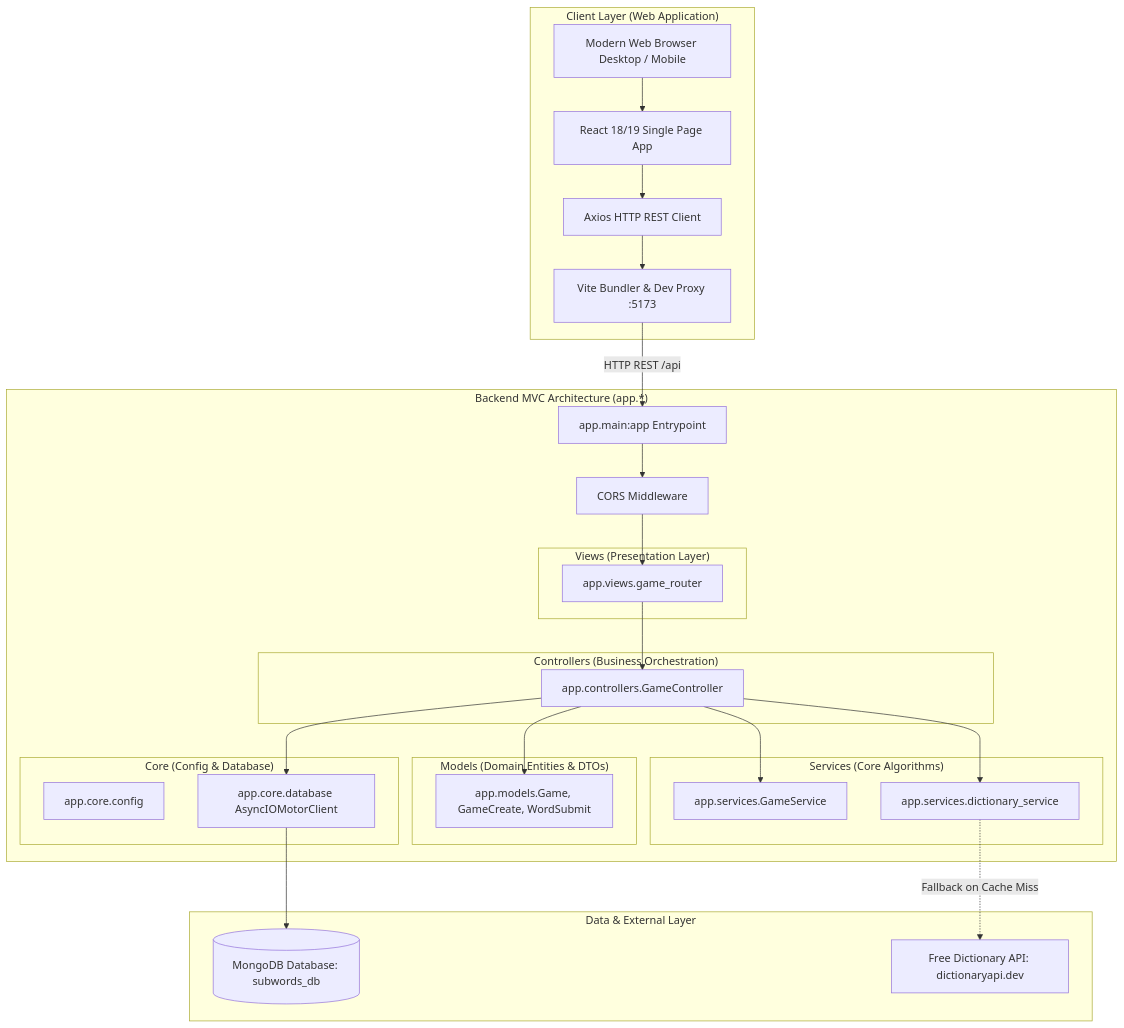
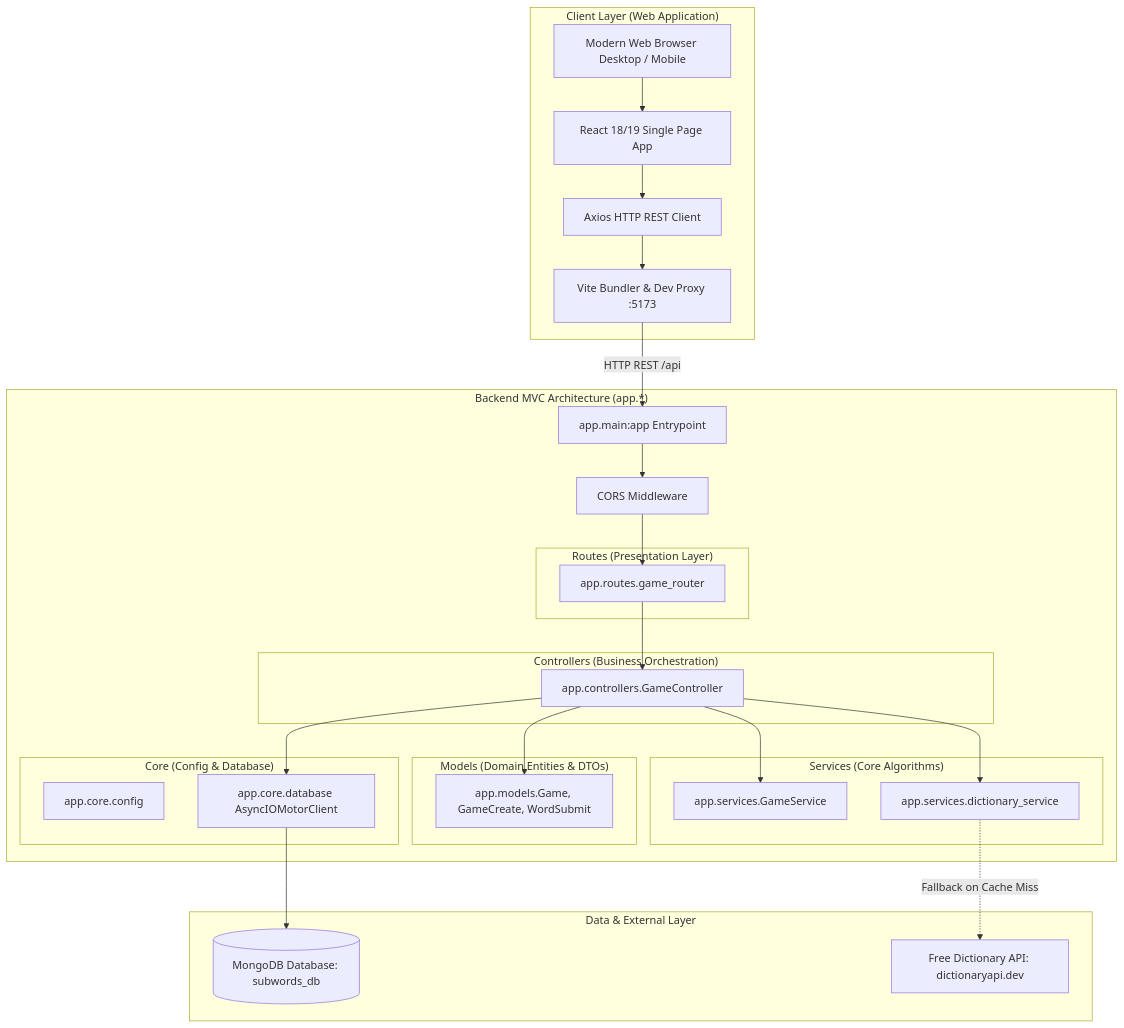
Before and after one commit to amitbora007/subwords-game: the first of 2 diagrams in docs/ARCHITECTURE.md, drawn with Mermaid. The commit also changed 6 other files, not shown here.

Commit message:
docs: add architecture diagram and running application screenshots to README and docs

````diff
--- a/docs/ARCHITECTURE.md
+++ b/docs/ARCHITECTURE.md
@@ -18,56 +18,56 @@
 ```mermaid
 graph TB
     subgraph "Client Layer (Web Application)"
         Browser[Modern Web Browser Desktop / Mobile]
         ReactApp[React 18/19 Single Page App]
         ViteDev[Vite Bundler & Dev Proxy :5173]
         AxiosClient[Axios HTTP REST Client]
 
         Browser --> ReactApp
         ReactApp --> AxiosClient
         AxiosClient --> ViteDev
     end
 
     subgraph "Backend MVC Architecture (app.*)"
         Main[app.main:app Entrypoint]
         CORS[CORS Middleware]
 
-        subgraph "Views (Presentation Layer)"
-            GameRouter[app.views.game_router]
+        subgraph "Routes (Presentation Layer)"
+            GameRouter[app.routes.game_router]
         end
 
         subgraph "Controllers (Business Orchestration)"
             GameController[app.controllers.GameController]
         end
 
         subgraph "Models (Domain Entities & DTOs)"
             GameModels[app.models.Game, GameCreate, WordSubmit]
         end
 
         subgraph "Services (Core Algorithms)"
             GameService[app.services.GameService]
             DictService[app.services.dictionary_service]
         end
 
         subgraph "Core (Config & Database)"
             Config[app.core.config]
             Database[app.core.database AsyncIOMotorClient]
         end
     end
 
     subgraph "Data & External Layer"
         MongoDB[(MongoDB Database: subwords_db)]
         DictAPI[Free Dictionary API: dictionaryapi.dev]
     end
 
     ViteDev -->|HTTP REST /api| Main
     Main --> CORS
     CORS --> GameRouter
     GameRouter --> GameController
     GameController --> GameModels
     GameController --> GameService
     GameController --> DictService
     GameController --> Database
     Database --> MongoDB
     DictService -.->|Fallback on Cache Miss| DictAPI
 ```
````
